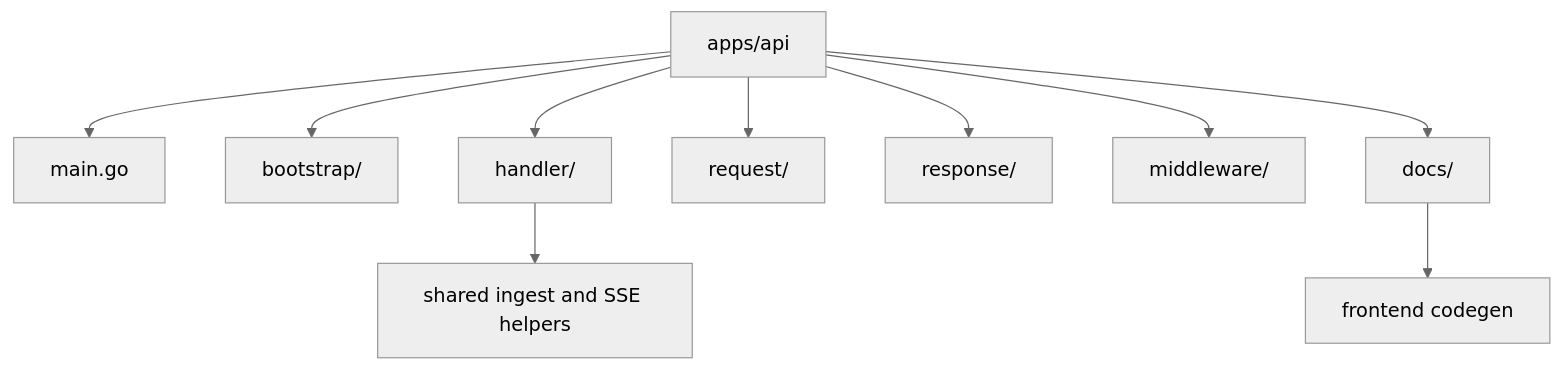
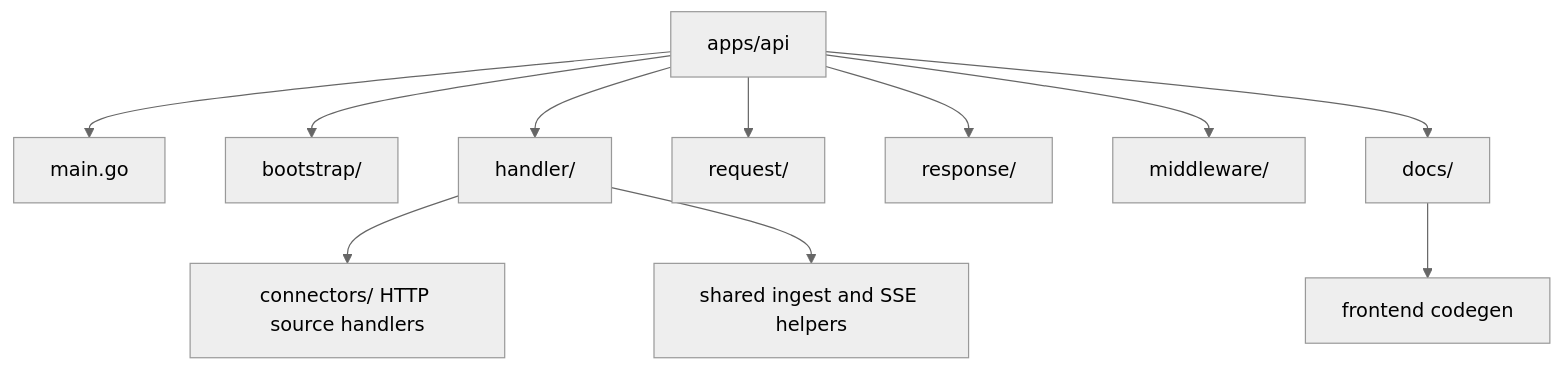
Before and after one commit to sx-tane/context-os: the diagram in apps/api/README.md, drawn with Mermaid (neutral theme). The commit also changed other lines of this file and 45 other files, not shown here.

````diff
--- a/apps/api/README.md
+++ b/apps/api/README.md
@@ -14,12 +14,13 @@
 ```mermaid
 flowchart TD
   API[apps/api] --> MAIN[main.go]
   API --> BOOTSTRAP[bootstrap/]
   API --> HANDLER[handler/]
   API --> REQUEST[request/]
   API --> RESPONSE[response/]
   API --> MIDDLEWARE[middleware/]
   API --> DOCS[docs/]
+  HANDLER --> CONNECTORS[connectors/ HTTP source handlers]
   HANDLER --> SHARED[shared ingest and SSE helpers]
   DOCS --> FRONTEND[frontend codegen]
 ```
````
